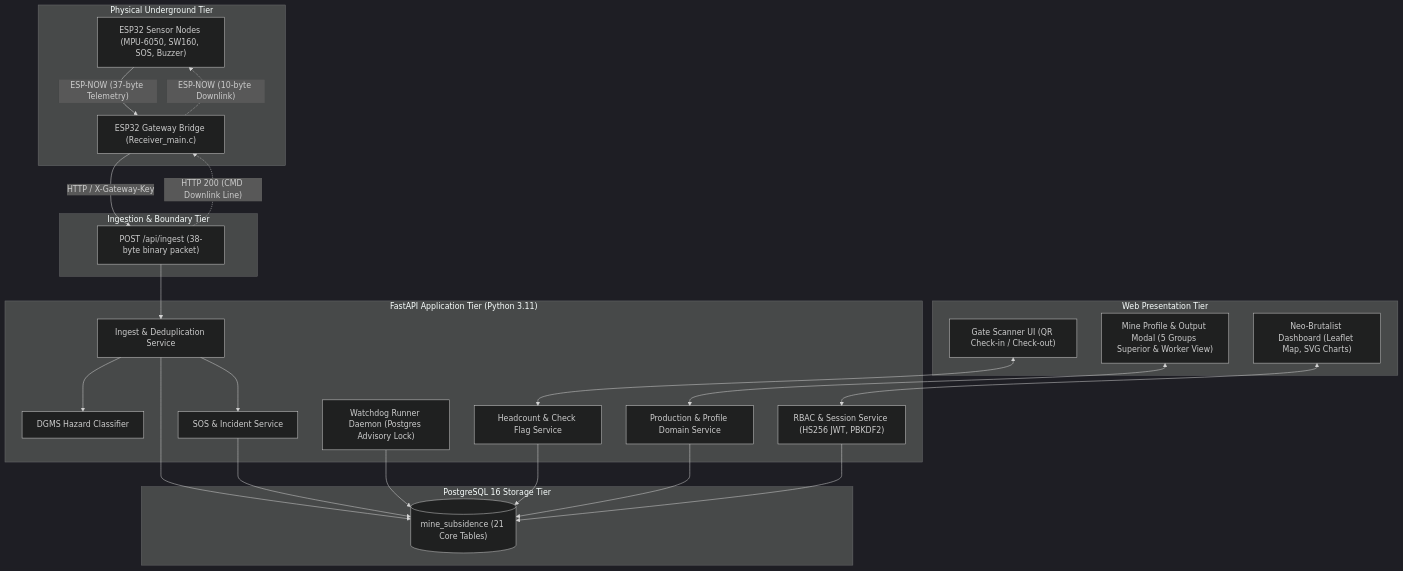
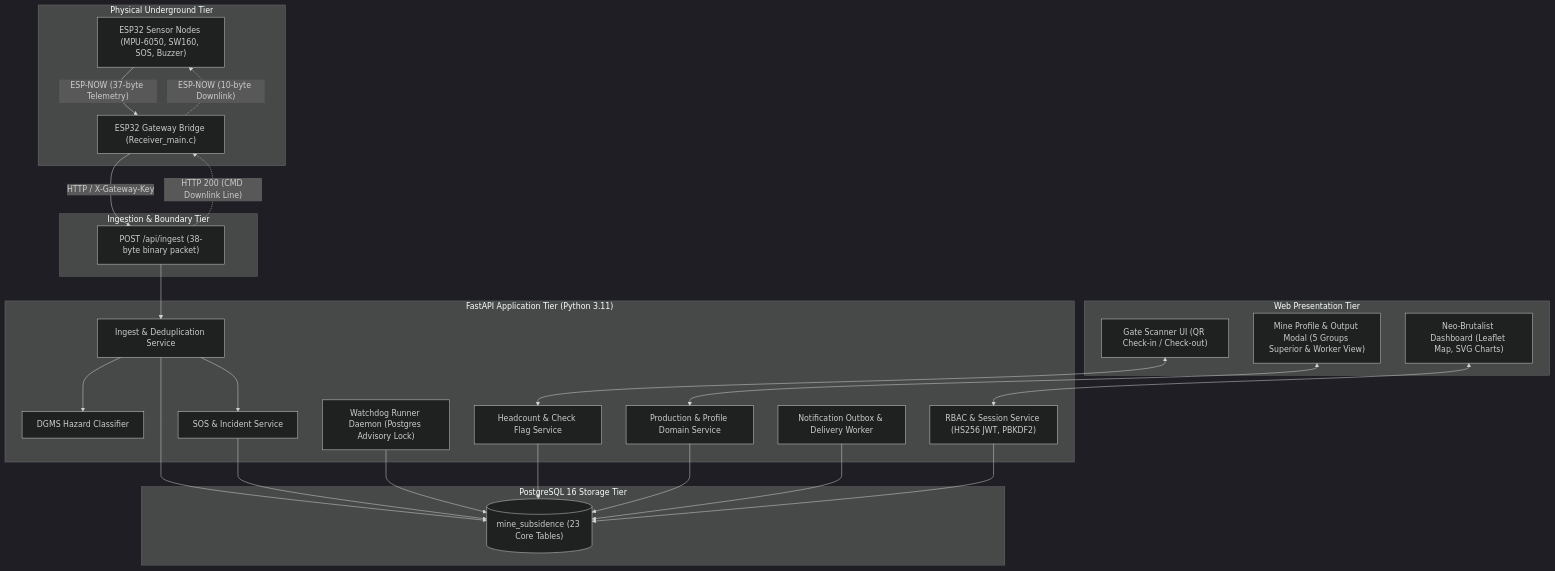
The diagram in README.md (NikhilG31/Coal-mine-subsidence-monitoring), drawn with Mermaid (dark theme) before and after one commit. The commit also changed other lines of this file and 27 other files, not shown here.

````diff
--- a/README.md
+++ b/README.md
@@ -8,44 +8,46 @@
 ```mermaid
 flowchart TD
     subgraph Physical["Physical Underground Tier"]
         Nodes["ESP32 Sensor Nodes (MPU-6050, SW160, SOS, Buzzer)"]
         Gateway["ESP32 Gateway Bridge (Receiver_main.c)"]
         Nodes -- "ESP-NOW (37-byte Telemetry)" --> Gateway
         Gateway -. "ESP-NOW (10-byte Downlink)" .-> Nodes
     end
 
     subgraph Ingestion["Ingestion & Boundary Tier"]
         IngestAPI["POST /api/ingest (38-byte binary packet)"]
         Gateway -- "HTTP / X-Gateway-Key" --> IngestAPI
         IngestAPI -. "HTTP 200 (CMD Downlink Line)" .-> Gateway
     end
 
     subgraph ServerTier["FastAPI Application Tier (Python 3.11)"]
         IngestAPI --> IngestService["Ingest & Deduplication Service"]
         IngestService --> Classifier["DGMS Hazard Classifier"]
         IngestService --> SOSService["SOS & Incident Service"]
         Watchdog["Watchdog Runner Daemon (Postgres Advisory Lock)"]
         HeadcountService["Headcount & Check Flag Service"]
         ProductionService["Production & Profile Domain Service"]
+        NotificationService["Notification Outbox & Delivery Worker"]
         AuthRBAC["RBAC & Session Service (HS256 JWT, PBKDF2)"]
     end
 
     subgraph Storage["PostgreSQL 16 Storage Tier"]
-        DB[("mine_subsidence (21 Core Tables)")]
+        DB[("mine_subsidence (23 Core Tables)")]
         IngestService --> DB
         SOSService --> DB
         Watchdog --> DB
         HeadcountService --> DB
         ProductionService --> DB
+        NotificationService --> DB
         AuthRBAC --> DB
     end
 
     subgraph Frontend["Web Presentation Tier"]
         Dashboard["Neo-Brutalist Dashboard (Leaflet Map, SVG Charts)"]
         Scanner["Gate Scanner UI (QR Check-in / Check-out)"]
         ProfileModal["Mine Profile & Output Modal (5 Groups Superior & Worker View)"]
         Dashboard <--> AuthRBAC
         Scanner <--> HeadcountService
         ProfileModal <--> ProductionService
     end
 ```
````
